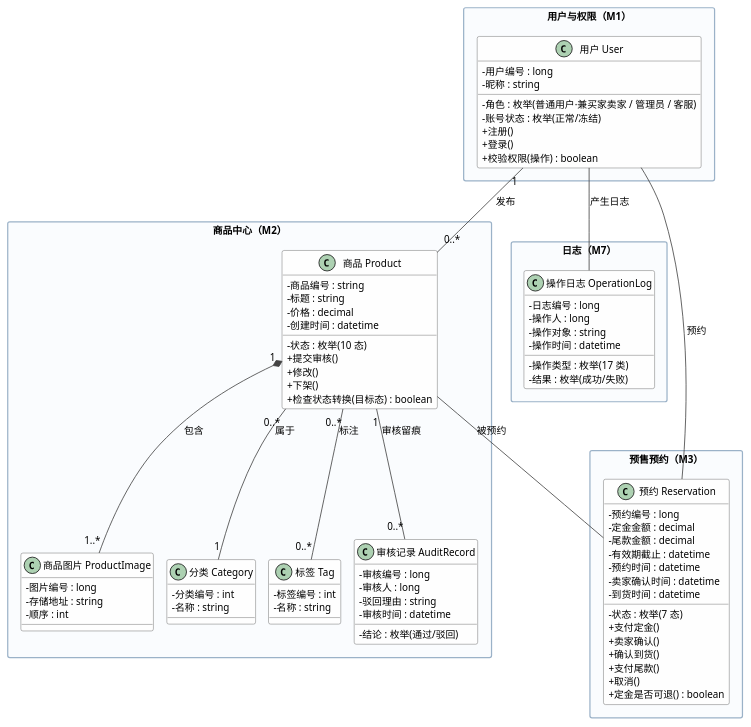
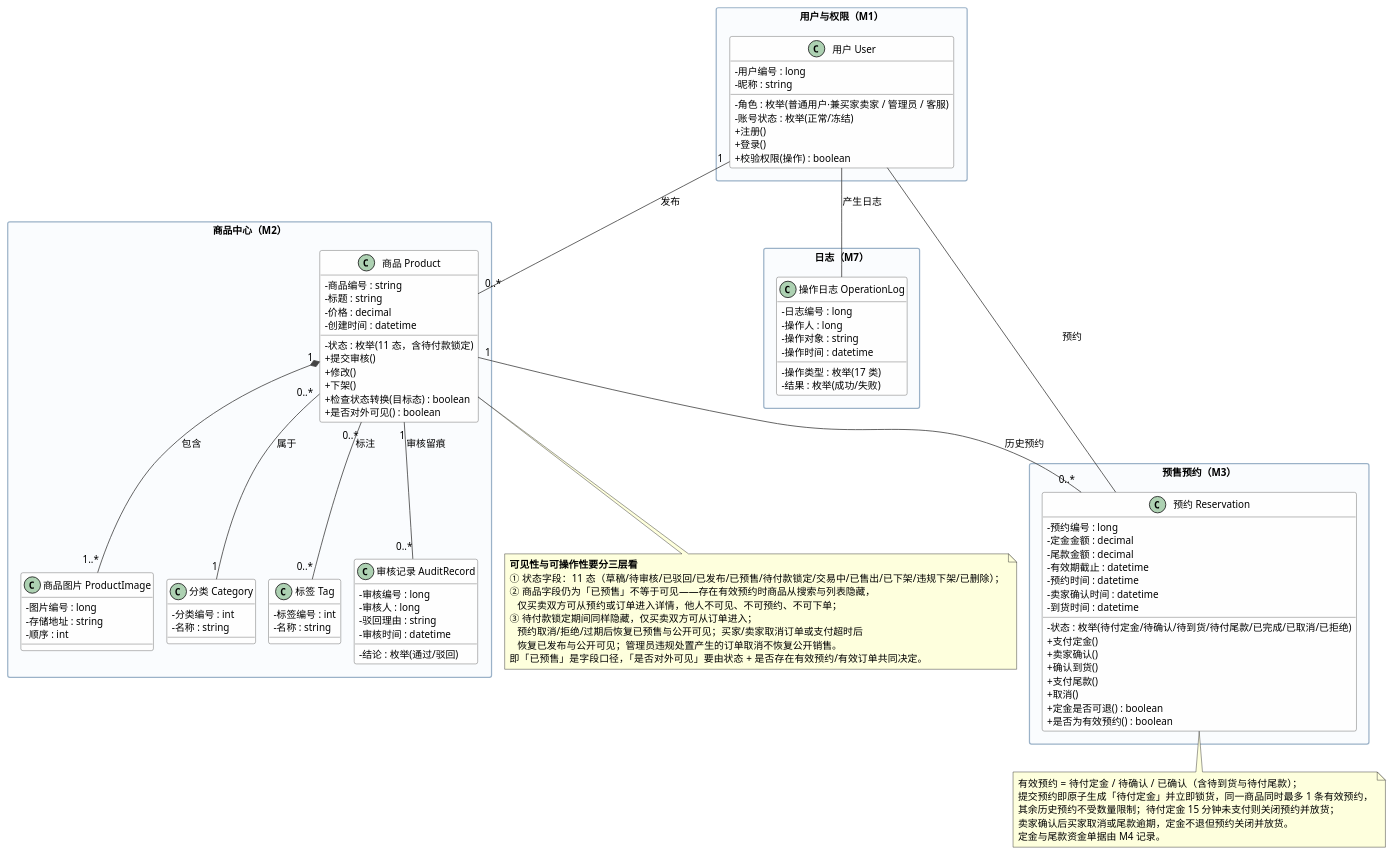
Before and after one commit to XuHR233/SE-lab1-requirements: the diagram in lab02/UML/类图1_用户商品预约.puml, drawn with PlantUML. The commit also changed 41 other files, not shown here.

```diff
--- a/lab02/UML/类图1_用户商品预约.puml
+++ b/lab02/UML/类图1_用户商品预约.puml
@@ -1,105 +1,126 @@
 @startuml
 ' 实验二 · 二手交易系统 · 类图（一）用户 · 商品 · 预约（M1 / M2 / M3 / M7）
 ' 依据：requirements.md REQ-001~010
 skinparam defaultFontName "Microsoft YaHei"
 skinparam defaultFontSize 12
 skinparam classAttributeIconSize 0
 skinparam shadowing false
 skinparam nodesep 16
 skinparam ranksep 34
 skinparam packageStyle rectangle
 skinparam class {
   BackgroundColor #FEFEFE
   BorderColor #555555
   ArrowColor #444444
 }
 skinparam packageBackgroundColor #FAFCFE
 skinparam packageBorderColor #9BB2C8
 
 package "用户与权限（M1）" as P1 {
   class "用户 User" as User {
     -用户编号 : long
     -昵称 : string
     -角色 : 枚举(普通用户·兼买家卖家 / 管理员 / 客服)
     -账号状态 : 枚举(正常/冻结)
     +注册()
     +登录()
     +校验权限(操作) : boolean
   }
 }
 
 package "商品中心（M2）" as P2 {
   class "商品 Product" as Product {
     -商品编号 : string
     -标题 : string
     -价格 : decimal
-    -状态 : 枚举(10 态)
+    -状态 : 枚举(11 态，含待付款锁定)
     -创建时间 : datetime
     +提交审核()
     +修改()
     +下架()
     +检查状态转换(目标态) : boolean
+    +是否对外可见() : boolean
   }
   class "商品图片 ProductImage" as ProductImage {
     -图片编号 : long
     -存储地址 : string
     -顺序 : int
   }
   class "分类 Category" as Category {
     -分类编号 : int
     -名称 : string
   }
   class "标签 Tag" as Tag {
     -标签编号 : int
     -名称 : string
   }
   class "审核记录 AuditRecord" as AuditRecord {
     -审核编号 : long
     -审核人 : long
     -结论 : 枚举(通过/驳回)
     -驳回理由 : string
     -审核时间 : datetime
   }
 }
 
 package "日志（M7）" as P7 {
   class "操作日志 OperationLog" as OperationLog {
     -日志编号 : long
     -操作人 : long
     -操作类型 : 枚举(17 类)
     -操作对象 : string
     -结果 : 枚举(成功/失败)
     -操作时间 : datetime
   }
 }
 
 package "预售预约（M3）" as P3 {
   class "预约 Reservation" as Reservation {
     -预约编号 : long
     -定金金额 : decimal
     -尾款金额 : decimal
     -有效期截止 : datetime
-    -状态 : 枚举(7 态)
+    -状态 : 枚举(待付定金/待确认/待到货/待付尾款/已完成/已取消/已拒绝)
     -预约时间 : datetime
     -卖家确认时间 : datetime
     -到货时间 : datetime
     +支付定金()
     +卖家确认()
     +确认到货()
     +支付尾款()
     +取消()
     +定金是否可退() : boolean
+    +是否为有效预约() : boolean
   }
 }
 
 User "1" -- "0..*" Product : 发布
 User -- Reservation : 预约
 User -- OperationLog : 产生日志
 
 Product "1" *-- "1..*" ProductImage : 包含
 Product "0..*" -- "1" Category : 属于
 Product "0..*" -- "0..*" Tag : 标注
 Product "1" -- "0..*" AuditRecord : 审核留痕
-Product -- Reservation : 被预约
+Product "1" -- "0..*" Reservation : 历史预约
+
+note bottom of Reservation
+  有效预约 = 待付定金 / 待确认 / 已确认（含待到货与待付尾款）；
+  提交预约即原子生成「待付定金」并立即锁货，同一商品同时最多 1 条有效预约，
+  其余历史预约不受数量限制；待付定金 15 分钟未支付则关闭预约并放货；
+  卖家确认后买家取消或尾款逾期，定金不退但预约关闭并放货。
+  定金与尾款资金单据由 M4 记录。
+end note
+
+note bottom of Product
+  <b>可见性与可操作性要分三层看</b>
+  ① 状态字段：11 态（草稿/待审核/已驳回/已发布/已预售/待付款锁定/交易中/已售出/已下架/违规下架/已删除）；
+  ② 商品字段仍为「已预售」不等于可见——存在有效预约时商品从搜索与列表隐藏，
+     仅买卖双方可从预约或订单进入详情，他人不可见、不可预约、不可下单；
+  ③ 待付款锁定期间同样隐藏，仅买卖双方可从订单进入；
+     预约取消/拒绝/过期后恢复已预售与公开可见；买家/卖家取消订单或支付超时后
+     恢复已发布与公开可见；管理员违规处置产生的订单取消不恢复公开销售。
+  即「已预售」是字段口径，「是否对外可见」要由状态 + 是否存在有效预约/有效订单共同决定。
+end note
 
 @enduml
```
